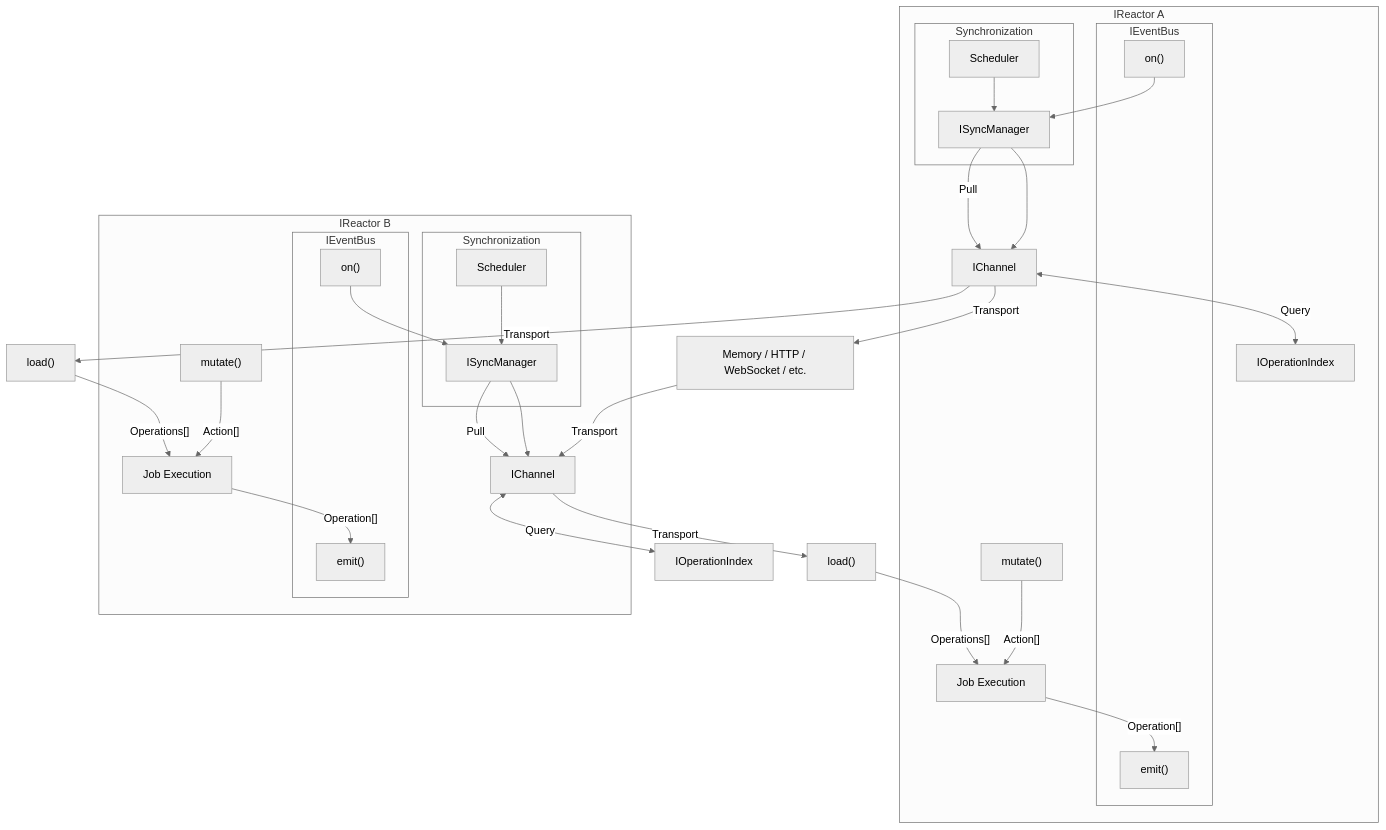
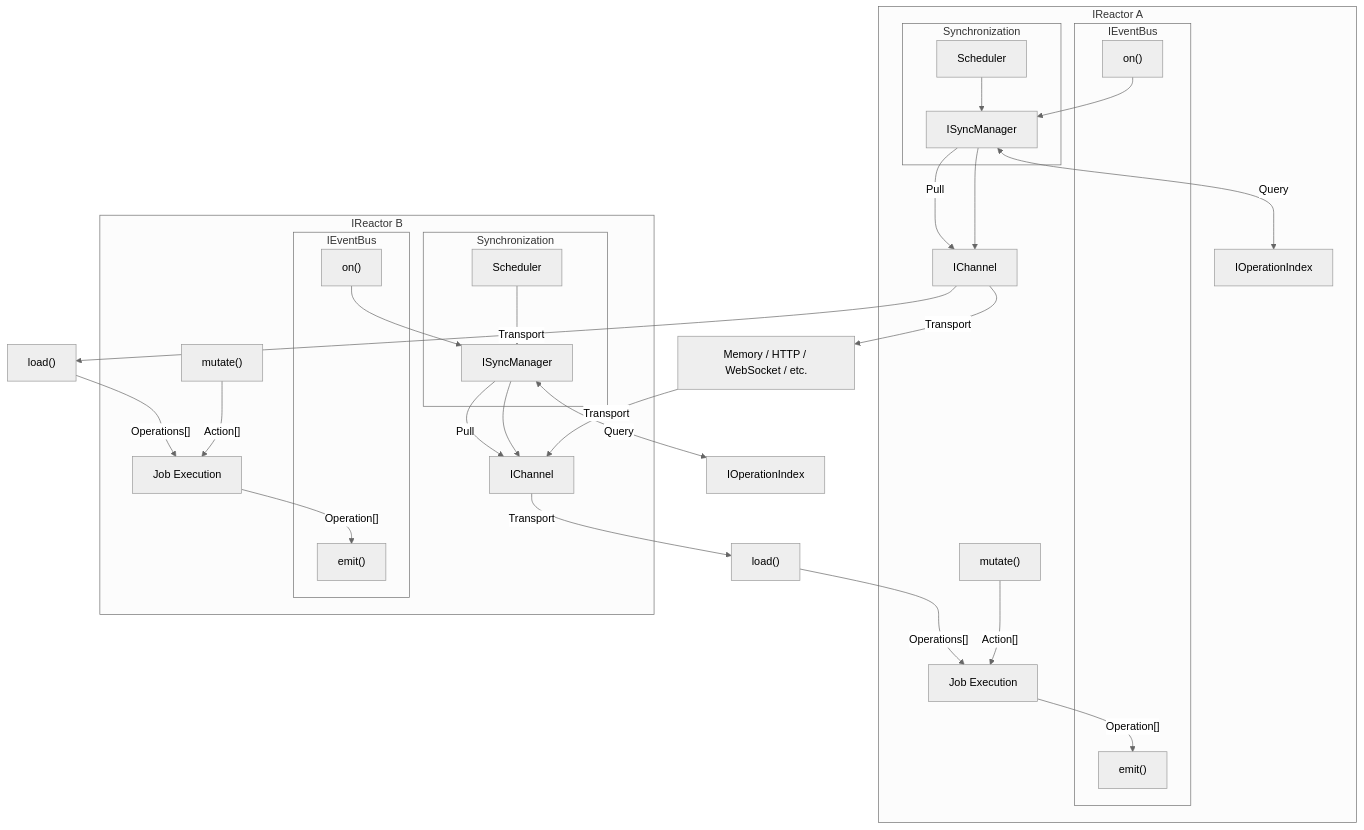
One commit to powerhouse-inc/powerhouse changed the third of 4 diagrams in packages/reactor/docs/planning/Synchronization/index.md. Above: the diagram before and after it, drawn with Mermaid (neutral theme). The commit also changed other lines of this file and 2 other files, not shown here.

````diff
--- a/packages/reactor/docs/planning/Synchronization/index.md
+++ b/packages/reactor/docs/planning/Synchronization/index.md
@@ -98,52 +99,52 @@
 ```mermaid
 graph
     %% === Reactor A ===
     subgraph "IReactor A"
         AMutate["mutate()"] -->|"Action[]"| AJE["Job Execution"] -->|"Operation[]"| APub
 
         subgraph AEventBus["IEventBus"]
             APub["emit()"]
             ASub["on()"]
         end
 
         subgraph ASyncManager["Synchronization"]
             AScheduler["Scheduler"] --> ASync["ISyncManager"]
         end
 
         ASub --> ASync
         ASync --> AIChannel["IChannel"]
-        AIChannel <-->|"Query"| AOI["IOperationIndex"]
+        ASync <-->|"Query"| AOI["IOperationIndex"]
     end
 
     %% Network
     AIChannel -->|"Transport"| Transport["Memory / HTTP / WebSocket / etc."]
     Transport -->|"Transport"| BIChannel["IChannel"]
-    BIChannel <-->|"Query"| BOI["IOperationIndex"]
+    BSync <-->|"Query"| BOI["IOperationIndex"]
 
     %% === Reactor B ===
     subgraph "IReactor B"
         BMutate["mutate()"] -->|"Action[]"| BJE["Job Execution"] -->|"Operation[]"| BPub
 
         subgraph BEventBus["IEventBus"]
             BPub["emit()"]
             BSub["on()"]
         end
 
         subgraph BSyncManager["Synchronization"]
             BScheduler["Scheduler"] --> BSync["ISyncManager"]
         end
 
         BSub --> BSync
         BSync --> BIChannel
     end
 
     %% Push flows (A -> B)
     AIChannel -->|"Transport"| BLoad["load()"] -->|"Operations[]"| BJE
 
     %% Push flows (B -> A)
     BIChannel -->|"Transport"| ALoad["load()"] -->|"Operations[]"| AJE
 
     %% Pull flows
     ASync -->|"Pull"| AIChannel
     BSync -->|"Pull"| BIChannel
 ```
````
